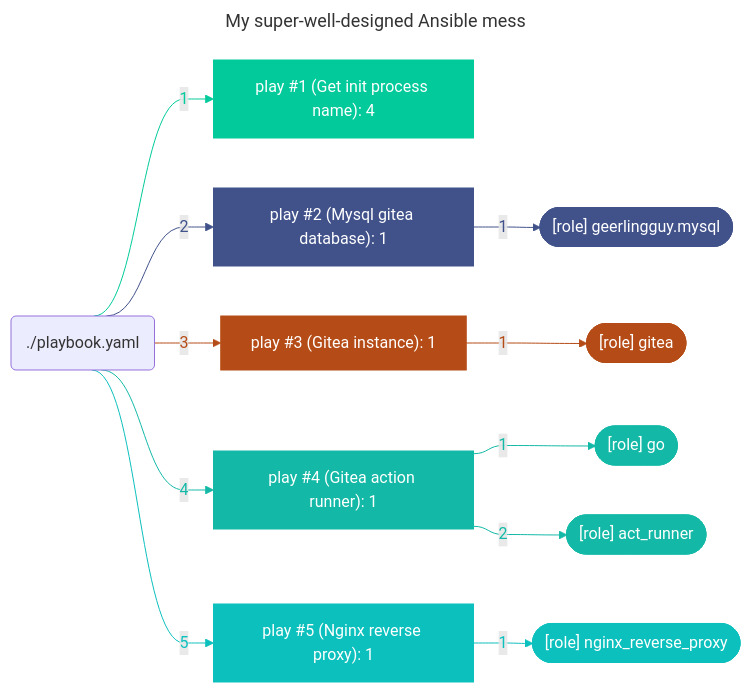
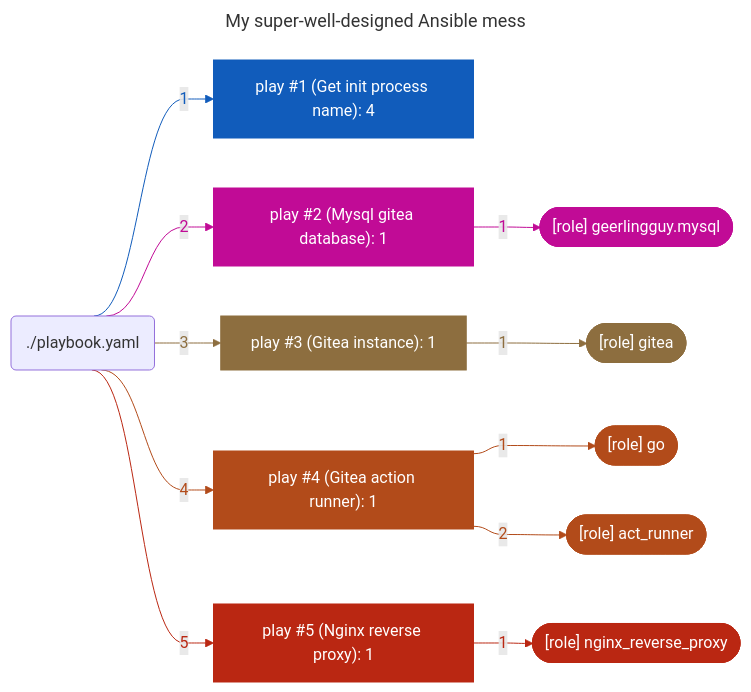
The third of 3 diagrams in README.md (boyreau/boyreau), drawn with Mermaid before and after one commit.

Commit message:
profile graph automatic update

````diff
--- a/README.md
+++ b/README.md
@@ -95,71 +95,71 @@
 ```mermaid
 ---
 title: "My super-well-designed Ansible mess"
 ---
 %%{ init: { "flowchart": { "curve": "bumpX" } } }%%
 flowchart LR
 	%% Start of the playbook './playbook.yaml'
-	playbook_8e31b498("./playbook.yaml")
+	playbook_33ba7ad3("./playbook.yaml")
 		%% Start of the play 'play #1 (Get init process name): 4'
-		play_5dee4b89["play #1 (Get init process name): 4"]
-		style play_5dee4b89 stroke:#02ca9b,fill:#02ca9b,color:#ffffff
-		playbook_8e31b498 --> |"1"| play_5dee4b89
-		linkStyle 0 stroke:#02ca9b,color:#02ca9b
+		play_2640d476["play #1 (Get init process name): 4"]
+		style play_2640d476 stroke:#115cbb,fill:#115cbb,color:#ffffff
+		playbook_33ba7ad3 --> |"1"| play_2640d476
+		linkStyle 0 stroke:#115cbb,color:#115cbb
 		%% End of the play 'play #1 (Get init process name): 4'
 		%% Start of the play 'play #2 (Mysql gitea database): 1'
-		play_dff30eec["play #2 (Mysql gitea database): 1"]
-		style play_dff30eec stroke:#41528b,fill:#41528b,color:#ffffff
-		playbook_8e31b498 --> |"2"| play_dff30eec
-		linkStyle 1 stroke:#41528b,color:#41528b
+		play_106aa22b["play #2 (Mysql gitea database): 1"]
+		style play_106aa22b stroke:#c10b96,fill:#c10b96,color:#ffffff
+		playbook_33ba7ad3 --> |"2"| play_106aa22b
+		linkStyle 1 stroke:#c10b96,color:#c10b96
 			%% Start of the role '[role] geerlingguy.mysql'
-			play_dff30eec --> |"1 "| role_cb4d0091
-			linkStyle 2 stroke:#41528b,color:#41528b
-			role_cb4d0091(["[role] geerlingguy.mysql"])
-			style role_cb4d0091 fill:#41528b,color:#ffffff,stroke:#41528b
+			play_106aa22b --> |"1 "| role_646d49a6
+			linkStyle 2 stroke:#c10b96,color:#c10b96
+			role_646d49a6(["[role] geerlingguy.mysql"])
+			style role_646d49a6 fill:#c10b96,color:#ffffff,stroke:#c10b96
 			%% End of the role '[role] geerlingguy.mysql'
 		%% End of the play 'play #2 (Mysql gitea database): 1'
 		%% Start of the play 'play #3 (Gitea instance): 1'
-		play_515c3c4a["play #3 (Gitea instance): 1"]
-		style play_515c3c4a stroke:#b54c17,fill:#b54c17,color:#ffffff
-		playbook_8e31b498 --> |"3"| play_515c3c4a
-		linkStyle 3 stroke:#b54c17,color:#b54c17
+		play_2209cbb5["play #3 (Gitea instance): 1"]
+		style play_2209cbb5 stroke:#8d6e3f,fill:#8d6e3f,color:#ffffff
+		playbook_33ba7ad3 --> |"3"| play_2209cbb5
+		linkStyle 3 stroke:#8d6e3f,color:#8d6e3f
 			%% Start of the role '[role] gitea'
-			play_515c3c4a --> |"1 "| role_5e5f790c
-			linkStyle 4 stroke:#b54c17,color:#b54c17
-			role_5e5f790c(["[role] gitea"])
-			style role_5e5f790c fill:#b54c17,color:#ffffff,stroke:#b54c17
+			play_2209cbb5 --> |"1 "| role_87dd78d0
+			linkStyle 4 stroke:#8d6e3f,color:#8d6e3f
+			role_87dd78d0(["[role] gitea"])
+			style role_87dd78d0 fill:#8d6e3f,color:#ffffff,stroke:#8d6e3f
 			%% End of the role '[role] gitea'
 		%% End of the play 'play #3 (Gitea instance): 1'
 		%% Start of the play 'play #4 (Gitea action runner): 1'
-		play_09b411b8["play #4 (Gitea action runner): 1"]
-		style play_09b411b8 stroke:#13b9a6,fill:#13b9a6,color:#ffffff
-		playbook_8e31b498 --> |"4"| play_09b411b8
-		linkStyle 5 stroke:#13b9a6,color:#13b9a6
+		play_e545f438["play #4 (Gitea action runner): 1"]
+		style play_e545f438 stroke:#b24b1a,fill:#b24b1a,color:#ffffff
+		playbook_33ba7ad3 --> |"4"| play_e545f438
+		linkStyle 5 stroke:#b24b1a,color:#b24b1a
 			%% Start of the role '[role] go'
-			play_09b411b8 --> |"1 "| role_13ad03b6
-			linkStyle 6 stroke:#13b9a6,color:#13b9a6
-			role_13ad03b6(["[role] go"])
-			style role_13ad03b6 fill:#13b9a6,color:#ffffff,stroke:#13b9a6
+			play_e545f438 --> |"1 "| role_ed960b33
+			linkStyle 6 stroke:#b24b1a,color:#b24b1a
+			role_ed960b33(["[role] go"])
+			style role_ed960b33 fill:#b24b1a,color:#ffffff,stroke:#b24b1a
 			%% End of the role '[role] go'
 			%% Start of the role '[role] act_runner'
-			play_09b411b8 --> |"2 "| role_77461e1a
-			linkStyle 7 stroke:#13b9a6,color:#13b9a6
-			role_77461e1a(["[role] act_runner"])
-			style role_77461e1a fill:#13b9a6,color:#ffffff,stroke:#13b9a6
+			play_e545f438 --> |"2 "| role_535082b9
+			linkStyle 7 stroke:#b24b1a,color:#b24b1a
+			role_535082b9(["[role] act_runner"])
+			style role_535082b9 fill:#b24b1a,color:#ffffff,stroke:#b24b1a
 			%% End of the role '[role] act_runner'
 		%% End of the play 'play #4 (Gitea action runner): 1'
 		%% Start of the play 'play #5 (Nginx reverse proxy): 1'
-		play_ed76da53["play #5 (Nginx reverse proxy): 1"]
-		style play_ed76da53 stroke:#0cc0bd,fill:#0cc0bd,color:#ffffff
-		playbook_8e31b498 --> |"5"| play_ed76da53
-		linkStyle 8 stroke:#0cc0bd,color:#0cc0bd
+		play_ea0e6d47["play #5 (Nginx reverse proxy): 1"]
+		style play_ea0e6d47 stroke:#ba2712,fill:#ba2712,color:#ffffff
+		playbook_33ba7ad3 --> |"5"| play_ea0e6d47
+		linkStyle 8 stroke:#ba2712,color:#ba2712
 			%% Start of the role '[role] nginx_reverse_proxy'
-			play_ed76da53 --> |"1 "| role_ee517261
-			linkStyle 9 stroke:#0cc0bd,color:#0cc0bd
-			role_ee517261(["[role] nginx_reverse_proxy"])
-			style role_ee517261 fill:#0cc0bd,color:#ffffff,stroke:#0cc0bd
+			play_ea0e6d47 --> |"1 "| role_48e37873
+			linkStyle 9 stroke:#ba2712,color:#ba2712
+			role_48e37873(["[role] nginx_reverse_proxy"])
+			style role_48e37873 fill:#ba2712,color:#ffffff,stroke:#ba2712
 			%% End of the role '[role] nginx_reverse_proxy'
 		%% End of the play 'play #5 (Nginx reverse proxy): 1'
 	%% End of the playbook './playbook.yaml'
 
 ```
````
